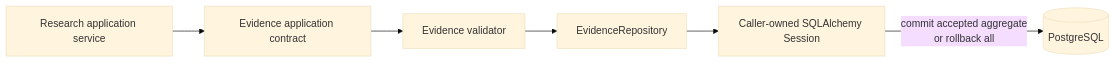
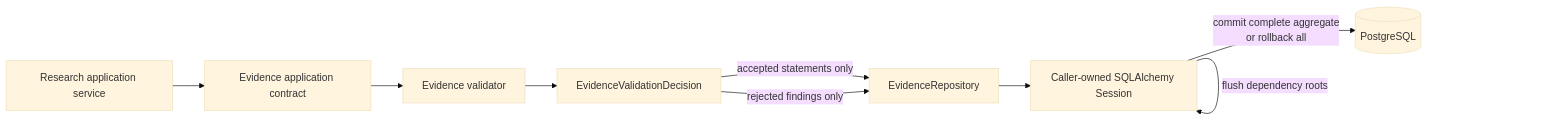
Before and after one commit to rnkraus/investment-research: the third of 3 diagrams in backend/src/investment_research/modules/evidence/README.md, drawn with Mermaid (base theme). The commit also changed other lines of this file and 9 other files, not shown here.

````diff
--- a/backend/src/investment_research/modules/evidence/README.md
+++ b/backend/src/investment_research/modules/evidence/README.md
@@ -67,8 +67,11 @@
 ```mermaid
 flowchart LR
     RESEARCH[Research application service] --> CONTRACT[Evidence application contract]
     CONTRACT --> VALIDATOR[Evidence validator]
-    VALIDATOR --> REPO[EvidenceRepository]
+    VALIDATOR --> DECISION[EvidenceValidationDecision]
+    DECISION -->|accepted statements only| REPO[EvidenceRepository]
+    DECISION -->|rejected findings only| REPO
     REPO --> SESSION[Caller-owned SQLAlchemy Session]
-    SESSION -->|commit accepted aggregate<br/>or rollback all| PG[(PostgreSQL)]
+    SESSION -->|flush dependency roots| SESSION
+    SESSION -->|commit complete aggregate<br/>or rollback all| PG[(PostgreSQL)]
 ```
````
